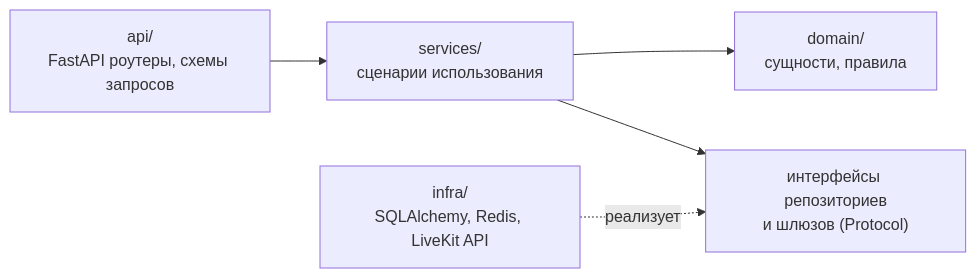
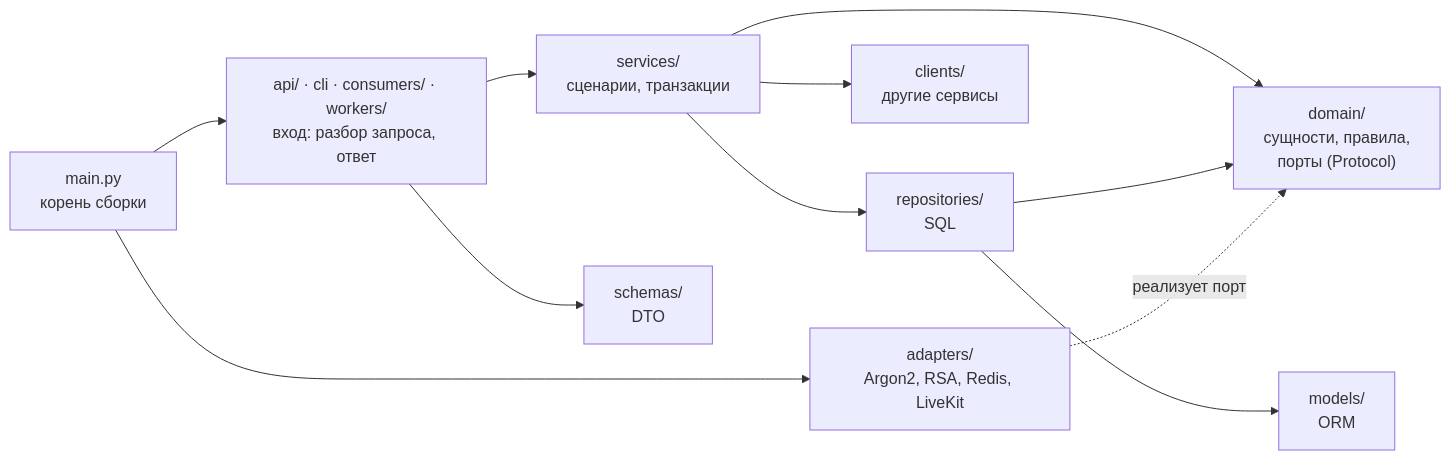
Before and after one commit to lae001/ReactiVKS: the diagram in docs/architecture/07-development.md, drawn with Mermaid. The commit also changed other lines of this file and 1 other file, not shown here.

First line of the commit message:
docs(backend): раскладка слоев сервиса и правила импорта (EMO-32)

````diff
--- a/docs/architecture/07-development.md
+++ b/docs/architecture/07-development.md
@@ -75,7 +84,13 @@
 ```mermaid
 flowchart LR
-    API["api/<br/>FastAPI роутеры, схемы запросов"] --> SVC["services/<br/>сценарии использования"]
-    SVC --> DOM["domain/<br/>сущности, правила"]
-    SVC --> PORTS["интерфейсы репозиториев<br/>и шлюзов (Protocol)"]
-    INFRA["infra/<br/>SQLAlchemy, Redis, LiveKit API"] -. "реализует" .-> PORTS
+    IN["api/ · cli · consumers/ · workers/<br/>вход: разбор запроса, ответ"] --> SVC["services/<br/>сценарии, транзакции"]
+    IN --> SCH["schemas/<br/>DTO"]
+    SVC --> DOM["domain/<br/>сущности, правила,<br/>порты (Protocol)"]
+    SVC --> REPO["repositories/<br/>SQL"]
+    SVC --> CL["clients/<br/>другие сервисы"]
+    REPO --> MOD["models/<br/>ORM"]
+    REPO --> DOM
+    AD["adapters/<br/>Argon2, RSA, Redis, LiveKit"] -. "реализует порт" .-> DOM
+    MAIN["main.py<br/>корень сборки"] --> AD
+    MAIN --> IN
 ```
````
